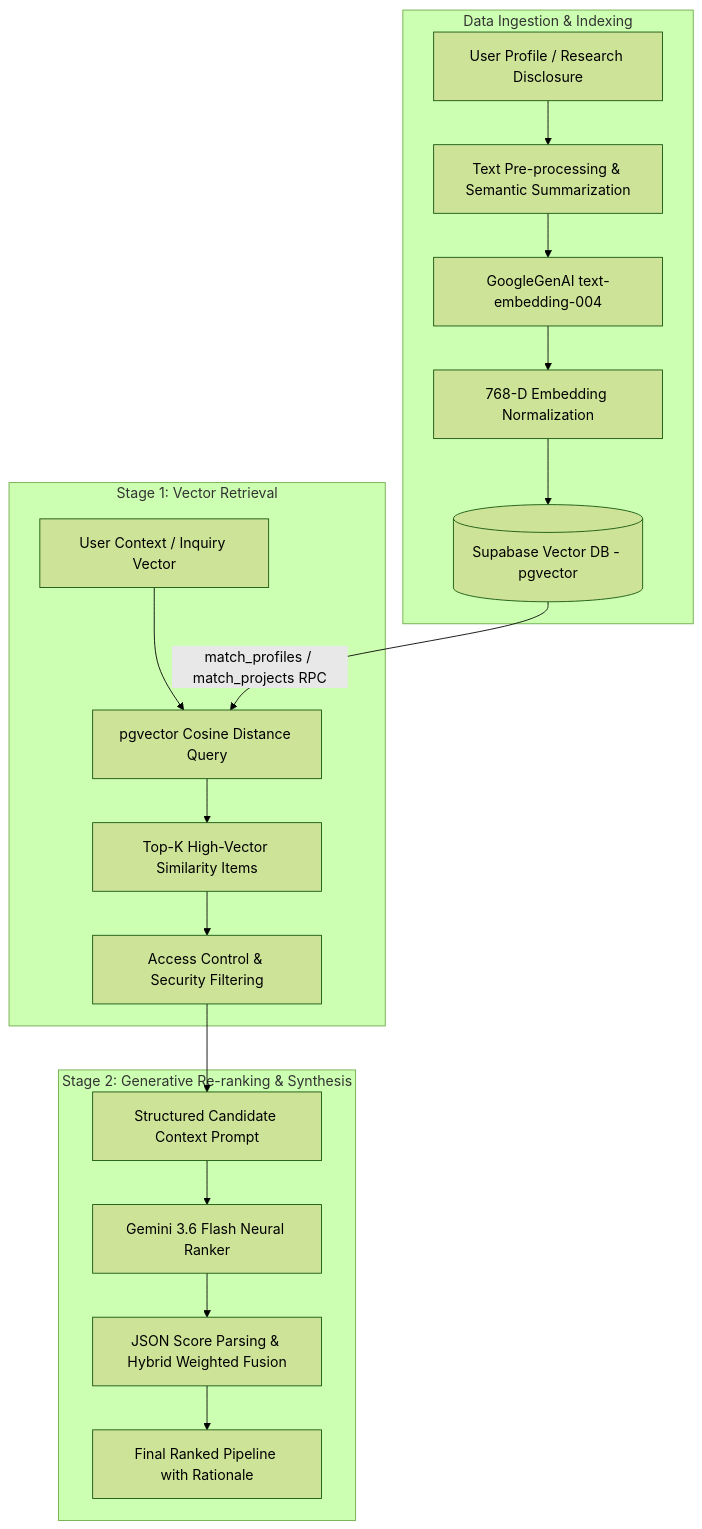
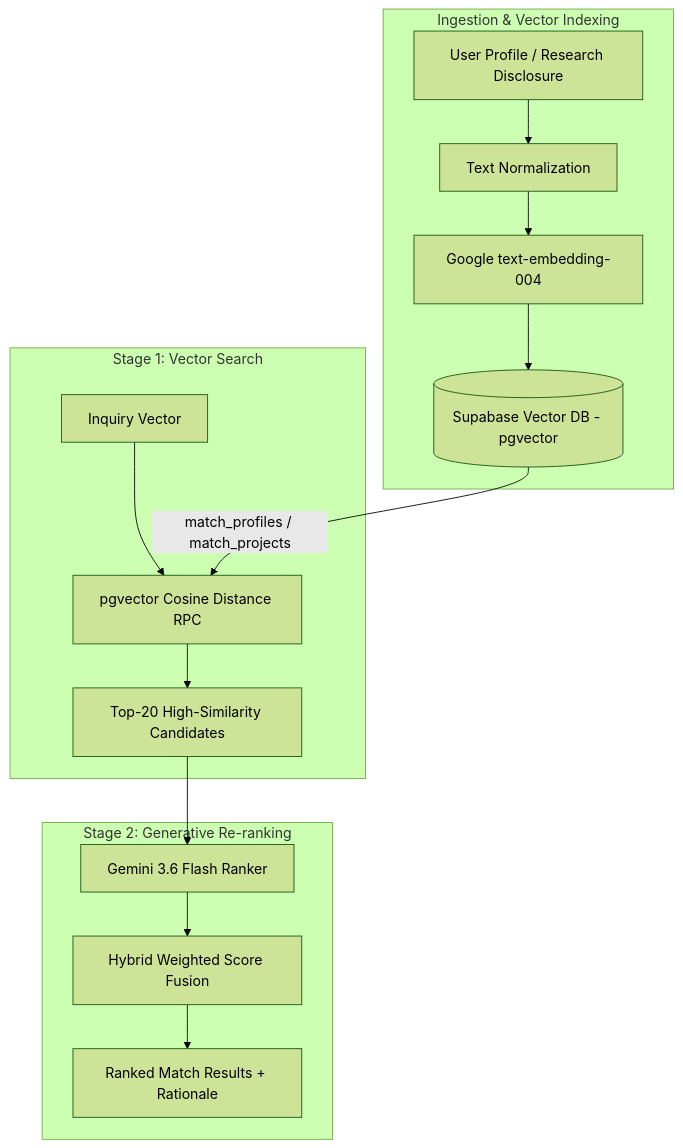
Before and after one commit to WISDOM-OSBORN/VIRTUALHUB: the diagram in public/RAG_IMPLEMENTATION.md, drawn with Mermaid (forest theme). The commit also changed other lines of this file and 2 other files, not shown here.

First line of the commit message:
docs: update RAG architecture documentation

````diff
--- a/public/RAG_IMPLEMENTATION.md
+++ b/public/RAG_IMPLEMENTATION.md
@@ -51,23 +20,20 @@
 ```mermaid
 flowchart TD
-    subgraph Data Ingestion & Indexing
-        A1[User Profile / Research Disclosure] --> A2[Text Pre-processing & Semantic Summarization]
-        A2 --> A3[GoogleGenAI text-embedding-004]
-        A3 --> A4[768-D Embedding Normalization]
-        A4 --> A5[(Supabase Vector DB - pgvector)]
+    subgraph Ingestion & Vector Indexing
+        A1[User Profile / Research Disclosure] --> A2[Text Normalization]
+        A2 --> A3[Google text-embedding-004]
+        A3 --> A4[(Supabase Vector DB - pgvector)]
     end
 
-    subgraph Stage 1: Vector Retrieval
-        B1[User Context / Inquiry Vector] --> B2[pgvector Cosine Distance Query]
-        A5 -->|match_profiles / match_projects RPC| B2
-        B2 --> B3[Top-K High-Vector Similarity Items]
-        B3 --> B4[Access Control & Security Filtering]
+    subgraph Stage 1: Vector Search
+        B1[Inquiry Vector] --> B2[pgvector Cosine Distance RPC]
+        A4 -->|match_profiles / match_projects| B2
+        B2 --> B3[Top-20 High-Similarity Candidates]
     end
 
-    subgraph Stage 2: Generative Re-ranking & Synthesis
-        B4 --> C1[Structured Candidate Context Prompt]
-        C1 --> C2[Gemini 3.6 Flash Neural Ranker]
-        C2 --> C3[JSON Score Parsing & Hybrid Weighted Fusion]
-        C3 --> C4[Final Ranked Pipeline with Rationale]
+    subgraph Stage 2: Generative Re-ranking
+        B3 --> C1[Gemini 3.6 Flash Ranker]
+        C1 --> C2[Hybrid Weighted Score Fusion]
+        C2 --> C3[Ranked Match Results + Rationale]
     end
 ```
````
